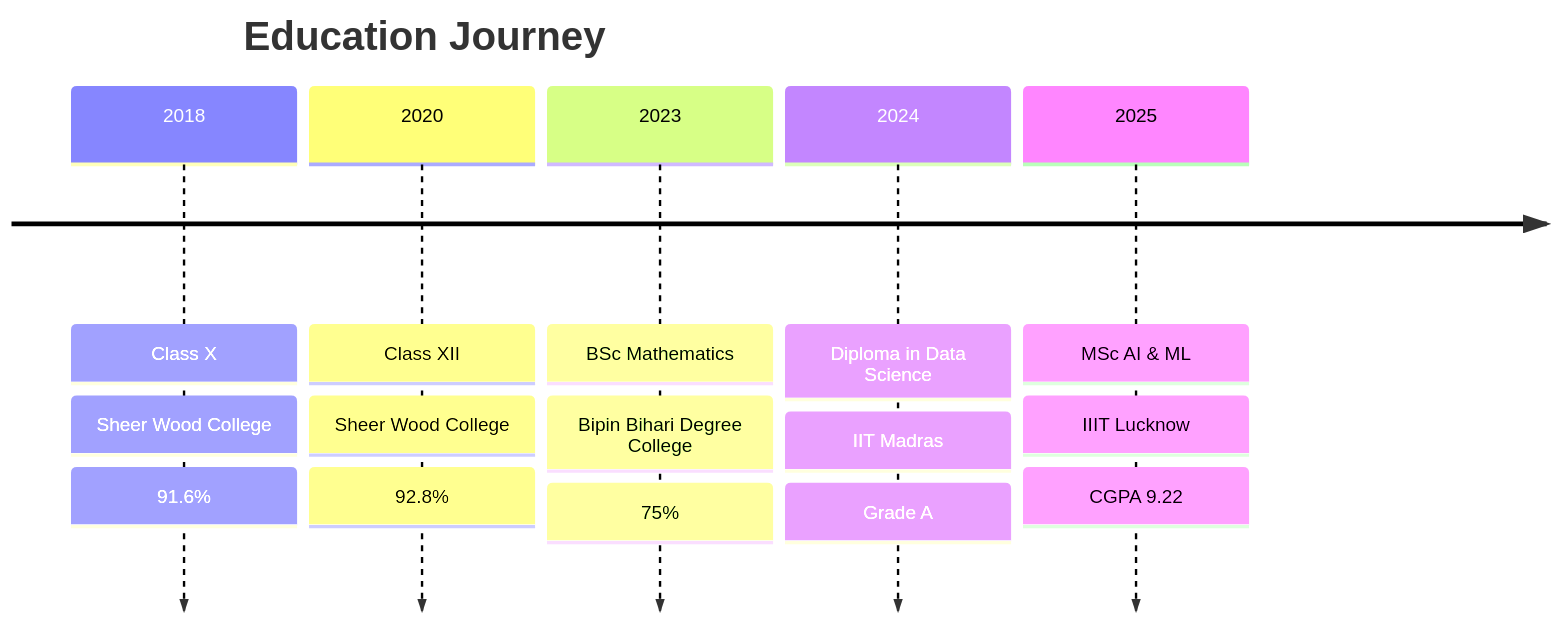
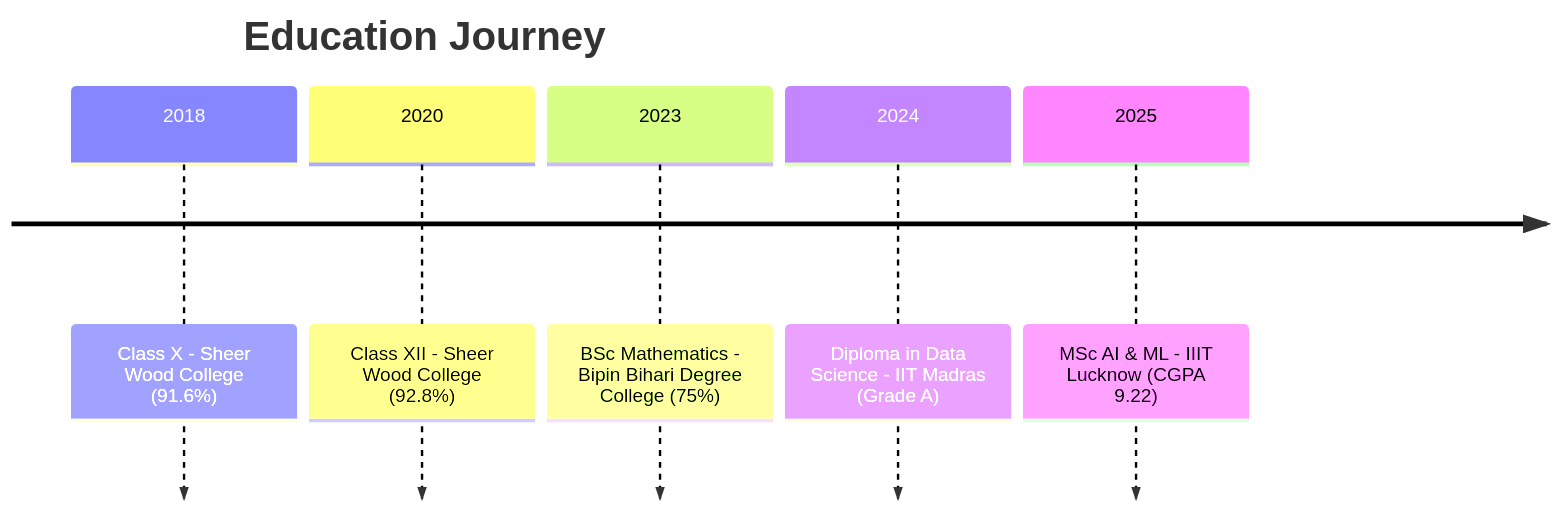
Before and after one commit to SubhiArjaria/SubhiArjaria: the second of 2 diagrams in README.md, drawn with Mermaid. The commit also changed other lines of this file, not shown here.

````diff
--- a/README.md
+++ b/README.md
@@ -96,19 +63,9 @@
 ```mermaid
 timeline
     title Education Journey
-    2018 : Class X
-         : Sheer Wood College
-         : 91.6%
-    2020 : Class XII
-         : Sheer Wood College
-         : 92.8%
-    2023 : BSc Mathematics
-         : Bipin Bihari Degree College
-         : 75%
-    2024 : Diploma in Data Science
-         : IIT Madras
-         : Grade A
-    2025 : MSc AI & ML
-         : IIIT Lucknow
-         : CGPA 9.22
+    2018 : Class X - Sheer Wood College (91.6%)
+    2020 : Class XII - Sheer Wood College (92.8%)
+    2023 : BSc Mathematics - Bipin Bihari Degree College (75%)
+    2024 : Diploma in Data Science - IIT Madras (Grade A)
+    2025 : MSc AI & ML - IIIT Lucknow (CGPA 9.22)
 ```
````
